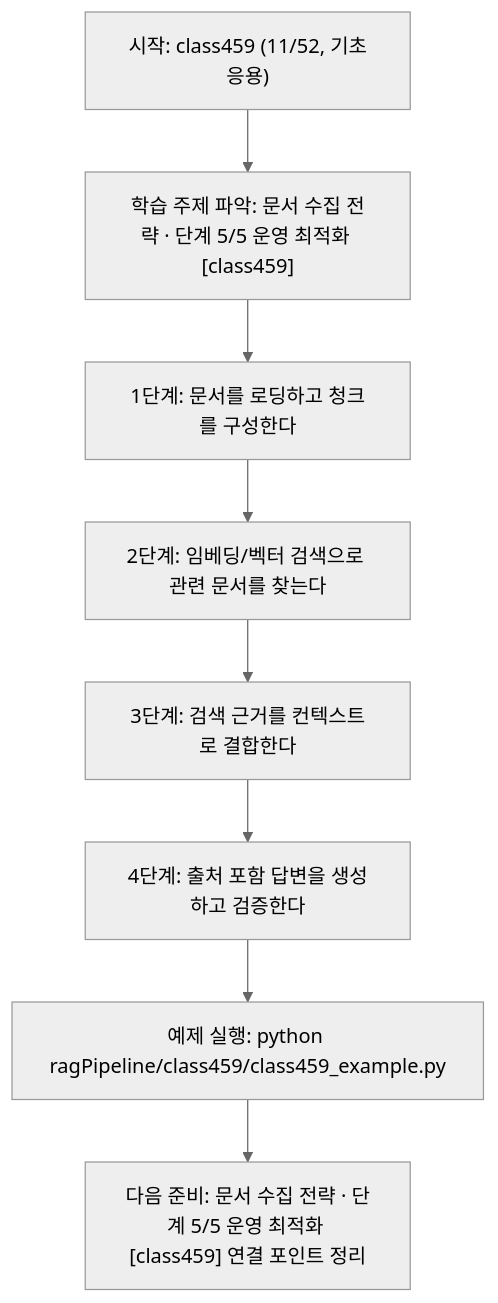
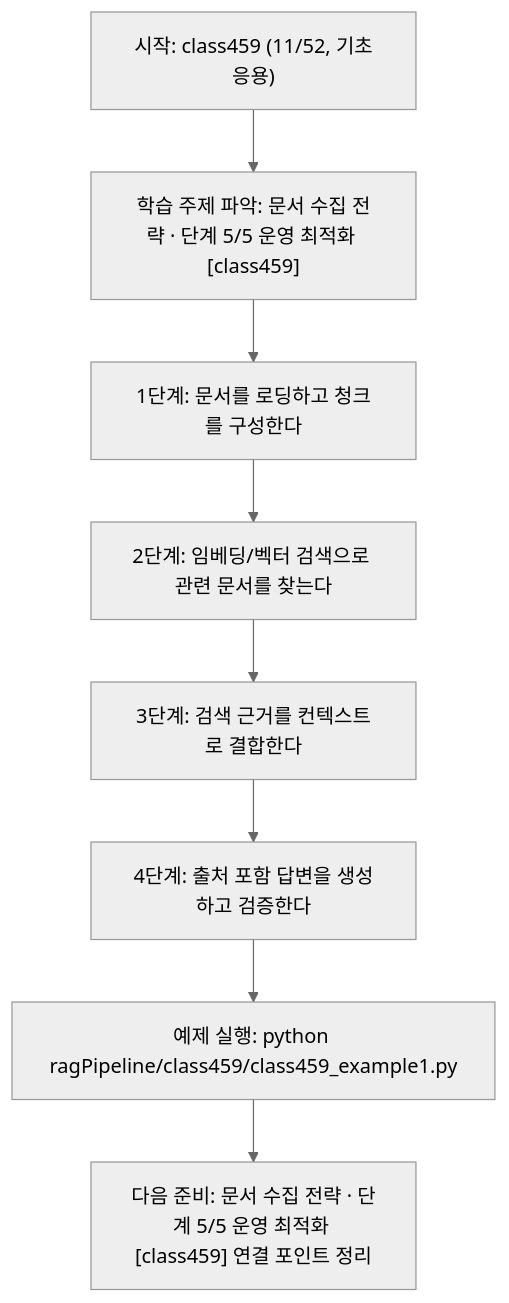
Before and after one commit to edumgt/Python-AI_Agent-Class: the diagram in ragPipeline/class459/class459.md, drawn with Mermaid (neutral theme). The commit also changed other lines of this file and 2959 other files, not shown here.

````diff
--- a/ragPipeline/class459/class459.md
+++ b/ragPipeline/class459/class459.md
@@ -111,18 +111,18 @@
 ```mermaid
 flowchart TD
 N1["시작: class459 (11/52, 기초응용)"]
 N2["학습 주제 파악: 문서 수집 전략 · 단계 5/5 운영 최적화 [class459]"]
 N3["1단계: 문서를 로딩하고 청크를 구성한다"]
 N4["2단계: 임베딩/벡터 검색으로 관련 문서를 찾는다"]
 N5["3단계: 검색 근거를 컨텍스트로 결합한다"]
 N6["4단계: 출처 포함 답변을 생성하고 검증한다"]
-N7["예제 실행: python ragPipeline/class459/class459_example.py"]
+N7["예제 실행: python ragPipeline/class459/class459_example1.py"]
 N8["다음 준비: 문서 수집 전략 · 단계 5/5 운영 최적화 [class459] 연결 포인트 정리"]
 N1 --> N2
 N2 --> N3
 N3 --> N4
 N4 --> N5
 N5 --> N6
 N6 --> N7
 N7 --> N8
 ```
````
